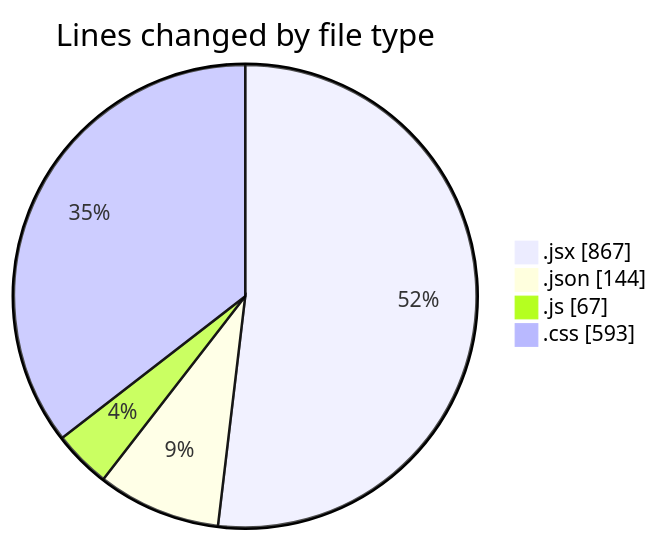
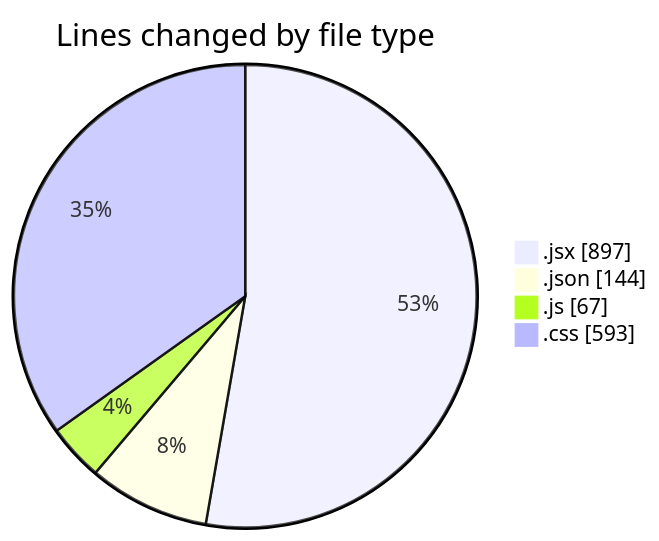
The first of 2 diagrams in 2025-05-04/project/README.md (BS-eng2023/code-tracking), drawn with Mermaid before and after one commit. The commit also changed other lines of this file and 1 other file, not shown here.

````diff
--- a/2025-05-04/project/README.md
+++ b/2025-05-04/project/README.md
@@ -35,8 +35,8 @@
 ```mermaid
 pie showData
 title Lines changed by file type
-".jsx" : 867
+".jsx" : 897
 ".json" : 144
 ".js" : 67
 ".css" : 593
 ```
````
